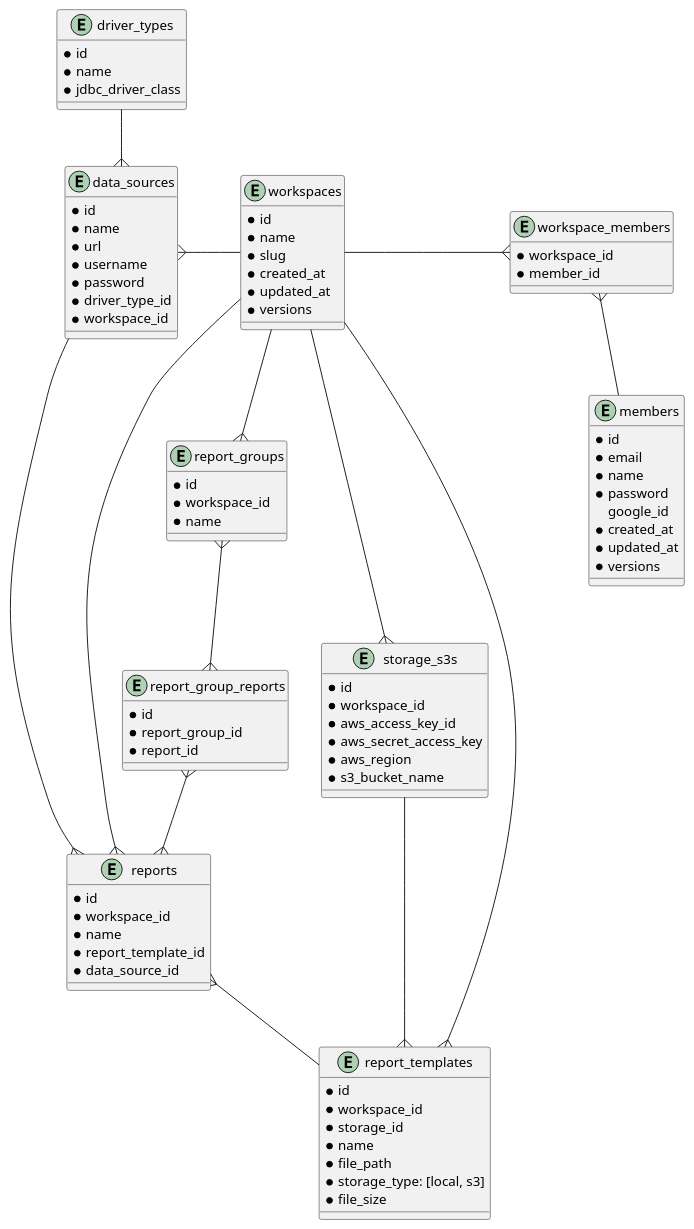
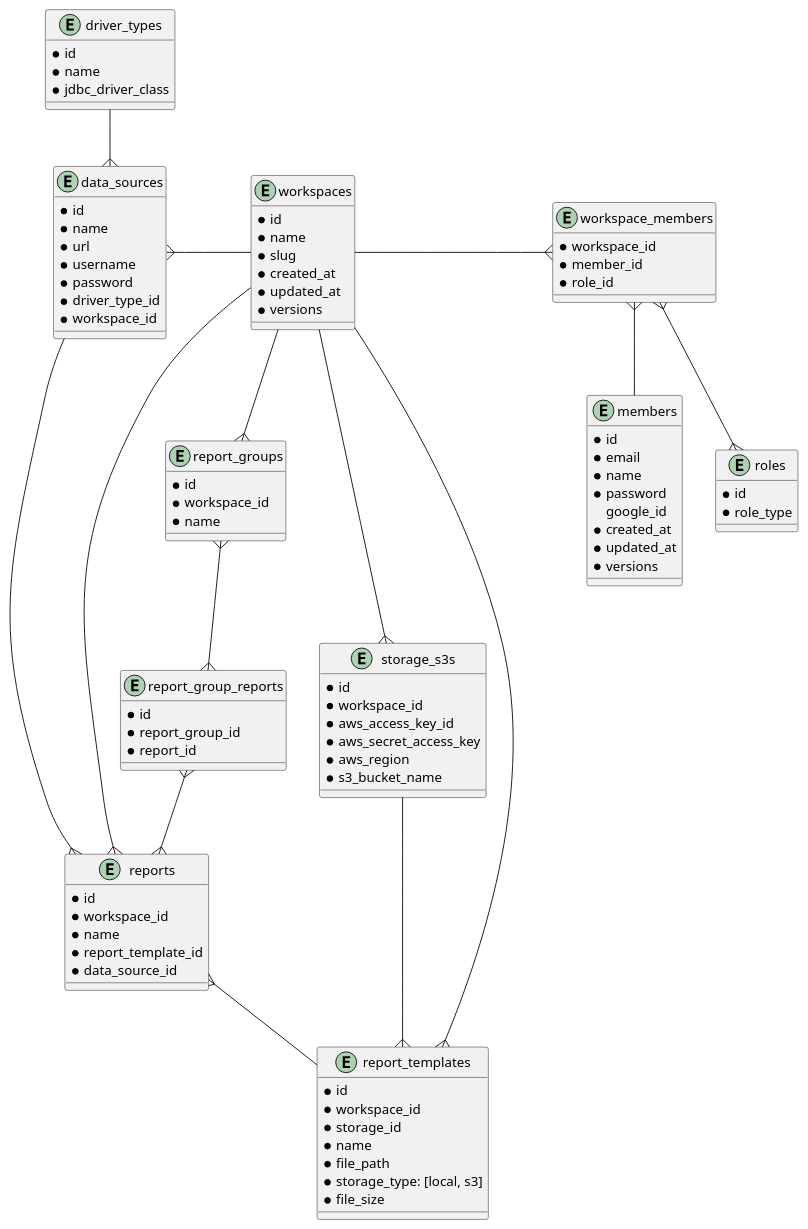
The diagram in docs/db/diagram.puml (ijufumi/openreports-api), drawn with PlantUML before and after one commit.

Commit message:
feat: update ERD

```diff
--- a/docs/db/diagram.puml
+++ b/docs/db/diagram.puml
@@ -1,97 +1,104 @@
 @startuml
 
 entity members {
   * id
   * email
   * name
   * password
     google_id
   * created_at
   * updated_at
   * versions
 }
 
 entity workspaces {
   * id
   * name
   * slug
   * created_at
   * updated_at
   * versions
 }
 
 entity workspace_members {
   * workspace_id
   * member_id
+  * role_id
+}
+
+entity roles {
+  * id
+  * role_type
 }
 
 entity data_sources {
   * id
   * name
   * url
   * username
   * password
   * driver_type_id
   * workspace_id
 }
 
 entity driver_types {
   * id
   * name
   * jdbc_driver_class
 }
 
 entity reports {
   * id
   * workspace_id
   * name
   * report_template_id
   * data_source_id
 }
 
 entity report_templates {
   * id
   * workspace_id
   * storage_id
   * name
   * file_path
   * storage_type: [local, s3]
   * file_size
 }
 
 entity report_groups {
   * id
   * workspace_id
   * name
 }
 
 entity report_group_reports {
   * id
   * report_group_id
   * report_id
 }
 
 entity storage_s3s {
   * id
   * workspace_id
   * aws_access_key_id
   * aws_secret_access_key
   * aws_region
   * s3_bucket_name
 }
 
 workspaces --r{ workspace_members
 workspace_members }-- members
+workspace_members }--{ roles
 workspaces --l{ data_sources
 workspaces --{ reports
 workspaces --{ report_templates
 workspaces --{ report_groups
 reports }-- report_templates
 report_groups }--{ report_group_reports
 report_group_reports }--{ reports
 driver_types --{ data_sources
 data_sources --{ reports
 workspaces --{ storage_s3s
 storage_s3s --{ report_templates
 
 @enduml
```
